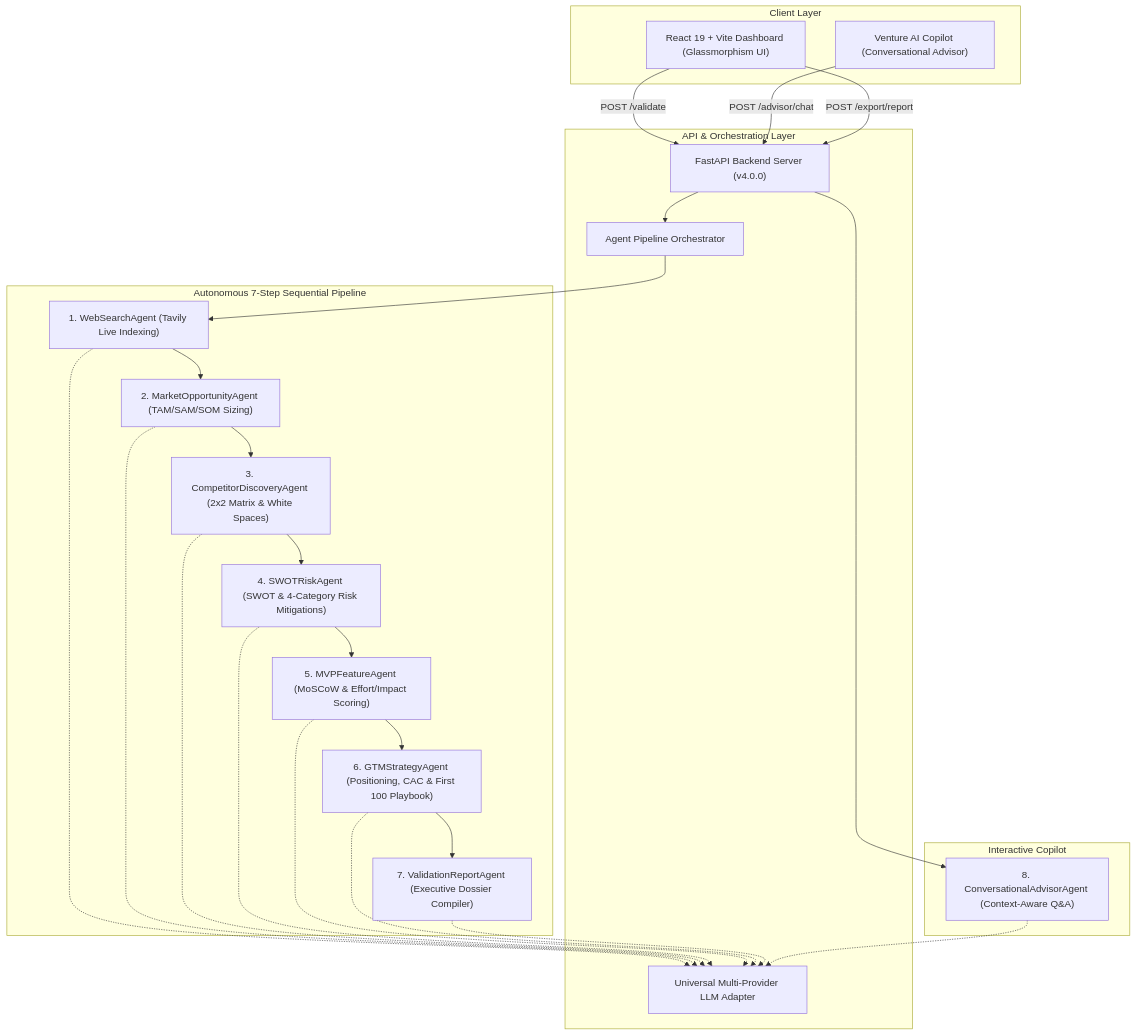
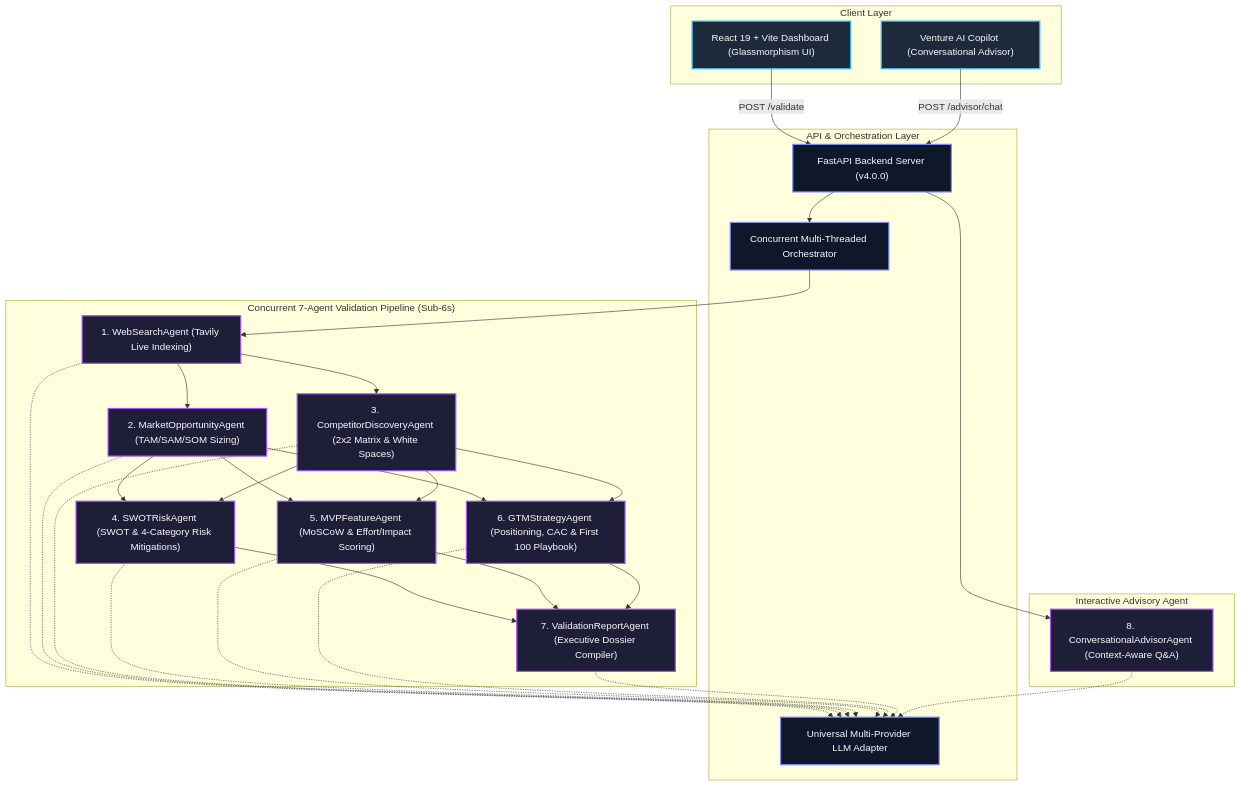
One commit to UtkarshSrivastav09/Team-Pulse-ISB7.3 changed the diagram in docs/project-report.md. Above: the diagram before and after it, drawn with Mermaid. The commit also changed 5 other files, not shown here.

````diff
--- a/docs/project-report.md
+++ b/docs/project-report.md
@@ -34,42 +34,48 @@
 ```mermaid
 graph TD
-    subgraph Client Layer
-        UI["React 19 + Vite Dashboard (Glassmorphism UI)"]
-        Copilot["Venture AI Copilot (Conversational Advisor)"]
+    classDef client fill:#1e293b,stroke:#38bdf8,stroke-width:2px,color:#f8fafc;
+    classDef server fill:#0f172a,stroke:#818cf8,stroke-width:2px,color:#f8fafc;
+    classDef agent fill:#1e1e38,stroke:#a855f7,stroke-width:2px,color:#f8fafc;
+
+    subgraph ClientLayer ["Client Layer"]
+        UI["React 19 + Vite Dashboard (Glassmorphism UI)"]:::client
+        Copilot["Venture AI Copilot (Conversational Advisor)"]:::client
     end
 
-    subgraph API & Orchestration Layer
-        API["FastAPI Backend Server (v4.0.0)"]
-        Orchestrator["Agent Pipeline Orchestrator"]
-        LLMAdapter["Universal Multi-Provider LLM Adapter"]
+    subgraph APILayer ["API & Orchestration Layer"]
+        API["FastAPI Backend Server (v4.0.0)"]:::server
+        Orchestrator["Concurrent Multi-Threaded Orchestrator"]:::server
+        LLMAdapter["Universal Multi-Provider LLM Adapter"]:::server
     end
 
-    subgraph Autonomous 7-Step Sequential Pipeline
-        Step1["1. WebSearchAgent (Tavily Live Indexing)"]
-        Step2["2. MarketOpportunityAgent (TAM/SAM/SOM Sizing)"]
-        Step3["3. CompetitorDiscoveryAgent (2x2 Matrix & White Spaces)"]
-        Step4["4. SWOTRiskAgent (SWOT & 4-Category Risk Mitigations)"]
-        Step5["5. MVPFeatureAgent (MoSCoW & Effort/Impact Scoring)"]
-        Step6["6. GTMStrategyAgent (Positioning, CAC & First 100 Playbook)"]
-        Step7["7. ValidationReportAgent (Executive Dossier Compiler)"]
+    subgraph Pipeline ["Concurrent 7-Agent Validation Pipeline (Sub-6s)"]
+        Step1["1. WebSearchAgent (Tavily Live Indexing)"]:::agent
+        Step2["2. MarketOpportunityAgent (TAM/SAM/SOM Sizing)"]:::agent
+        Step3["3. CompetitorDiscoveryAgent (2x2 Matrix & White Spaces)"]:::agent
+        Step4["4. SWOTRiskAgent (SWOT & 4-Category Risk Mitigations)"]:::agent
+        Step5["5. MVPFeatureAgent (MoSCoW & Effort/Impact Scoring)"]:::agent
+        Step6["6. GTMStrategyAgent (Positioning, CAC & First 100 Playbook)"]:::agent
+        Step7["7. ValidationReportAgent (Executive Dossier Compiler)"]:::agent
     end
 
-    subgraph Interactive Copilot
-        Step8["8. ConversationalAdvisorAgent (Context-Aware Q&A)"]
+    subgraph CopilotAgent ["Interactive Advisory Agent"]
+        Step8["8. ConversationalAdvisorAgent (Context-Aware Q&A)"]:::agent
     end
 
-    UI -->|POST /validate| API
-    Copilot -->|POST /advisor/chat| API
-    UI -->|POST /export/report| API
+    UI -->|"POST /validate"| API
+    Copilot -->|"POST /advisor/chat"| API
     API --> Orchestrator
     API --> Step8
-    Orchestrator --> Step1 --> Step2 --> Step3 --> Step4 --> Step5 --> Step6 --> Step7
+    Orchestrator --> Step1
+    Step1 --> Step2 & Step3
+    Step2 & Step3 --> Step4 & Step5 & Step6
+    Step4 & Step5 & Step6 --> Step7
     Step1 -.-> LLMAdapter
     Step2 -.-> LLMAdapter
     Step3 -.-> LLMAdapter
     Step4 -.-> LLMAdapter
     Step5 -.-> LLMAdapter
     Step6 -.-> LLMAdapter
     Step7 -.-> LLMAdapter
     Step8 -.-> LLMAdapter
 ```
````
